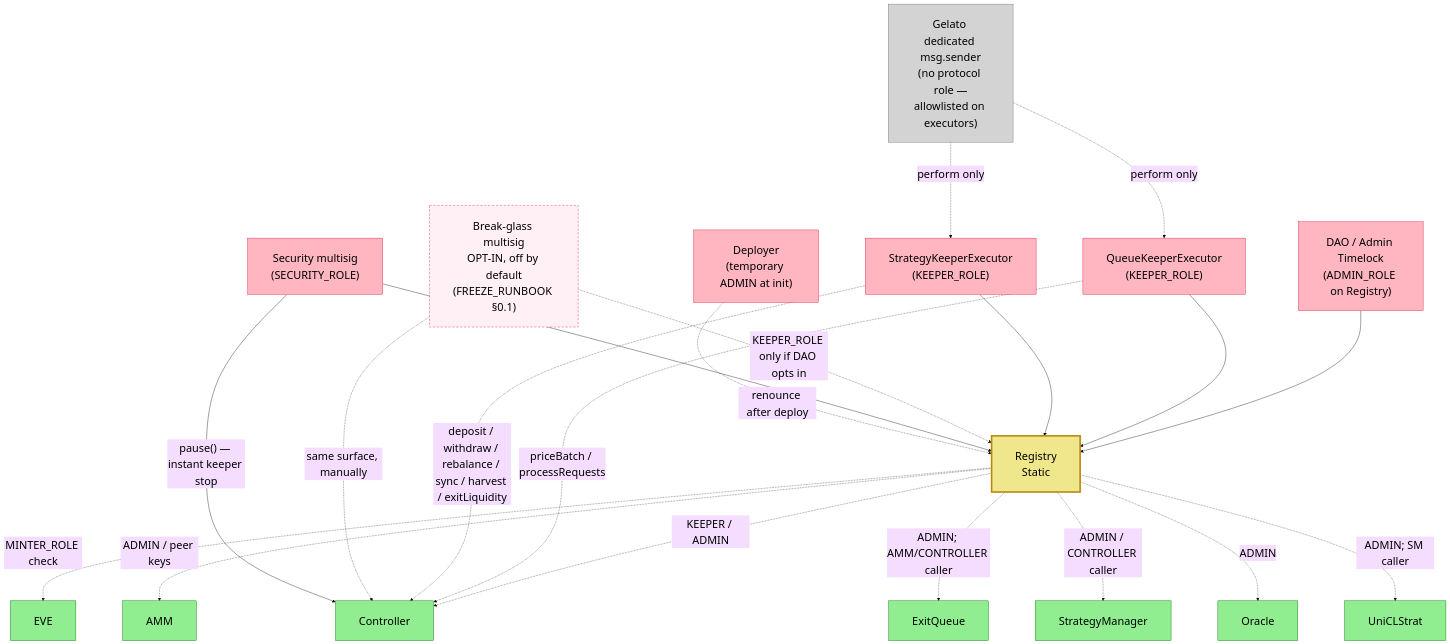
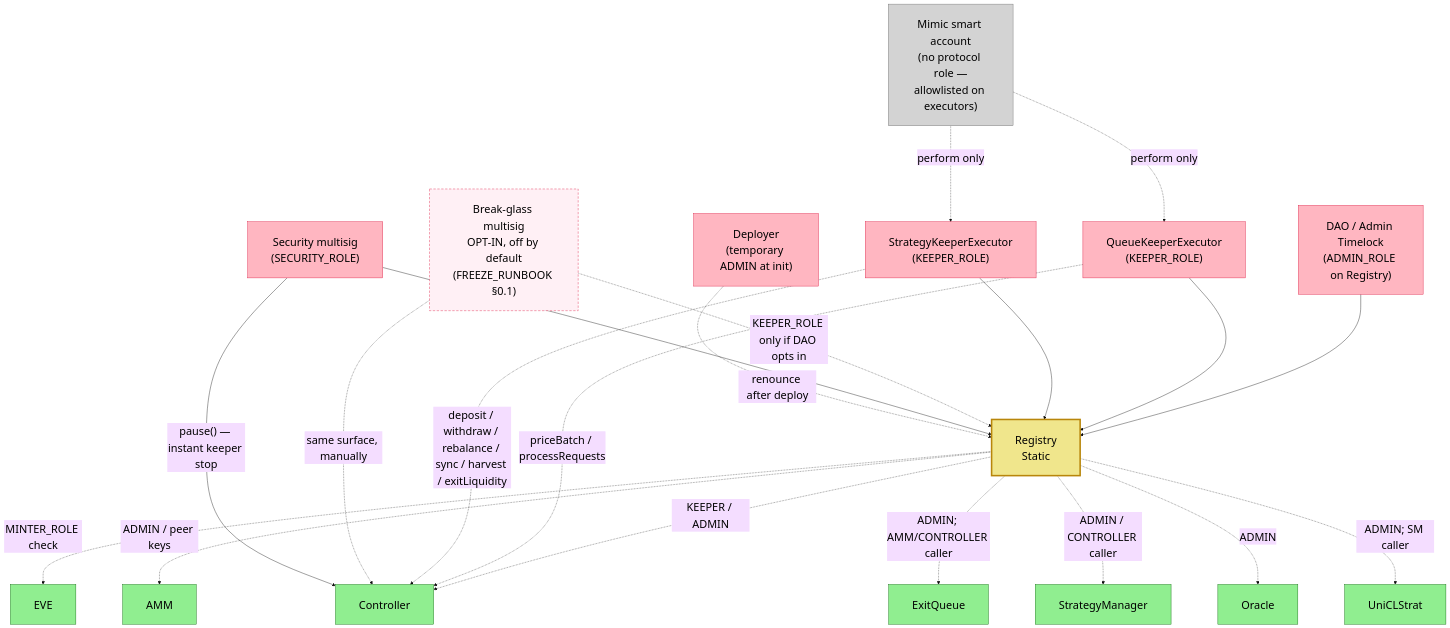
Before and after one commit to everstrat-xyz/contracts: the diagram in mermaid/access-control-diagram.md, drawn with Mermaid. The commit also changed other lines of this file and 18 other files, not shown here.

First line of the commit message:
Migrate keeper executors from Gelato to Mimic

````diff
--- a/mermaid/access-control-diagram.md
+++ b/mermaid/access-control-diagram.md
@@ -7,54 +7,54 @@
 ```mermaid
 %%{init: {'theme':'base', 'themeVariables': { 'fontSize': '28px', 'primaryTextColor': '#000000'}, 'flowchart': {'nodeSpacing': 120, 'rankSpacing': 120, 'padding': 30}}}%%
 graph TB
     DAO["DAO / Admin Timelock<br/>(ADMIN_ROLE on Registry)"]
     QueueKeeper["QueueKeeperExecutor<br/>(KEEPER_ROLE)"]
     StrategyKeeper["StrategyKeeperExecutor<br/>(KEEPER_ROLE)"]
     BreakGlass["Break-glass multisig<br/>OPT-IN, off by default<br/>(FREEZE_RUNBOOK §0.1)"]
     Security["Security multisig<br/>(SECURITY_ROLE)"]
     Deployer["Deployer<br/>(temporary ADMIN at init)"]
-    Gelato["Gelato dedicated msg.sender<br/>(no protocol role —<br/>allowlisted on executors)"]
+    Mimic["Mimic smart account<br/>(no protocol role —<br/>allowlisted on executors)"]
     
     Registry["Registry<br/>Static"]
     
     EVE["EVE"]
     AMM["AMM"]
     Controller["Controller"]
     ExitQueue["ExitQueue"]
     StrategyManager["StrategyManager"]
     Oracle["Oracle"]
     UniCLStrat["UniCLStrat"]
     
     DAO --> Registry
     QueueKeeper --> Registry
     StrategyKeeper --> Registry
     BreakGlass -.->|"KEEPER_ROLE only if DAO opts in"| Registry
     Security --> Registry
     Deployer -.->|"renounce after deploy"| Registry
-    Gelato -.->|"perform only"| QueueKeeper
-    Gelato -.->|"perform only"| StrategyKeeper
+    Mimic -.->|"perform only"| QueueKeeper
+    Mimic -.->|"perform only"| StrategyKeeper
     
     Registry -.->|"MINTER_ROLE check"| EVE
     Registry -.->|"ADMIN / peer keys"| AMM
     Registry -.->|"KEEPER / ADMIN"| Controller
     Registry -.->|"ADMIN; AMM/CONTROLLER caller"| ExitQueue
     Registry -.->|"ADMIN / CONTROLLER caller"| StrategyManager
     Registry -.->|"ADMIN"| Oracle
     Registry -.->|"ADMIN; SM caller"| UniCLStrat
     QueueKeeper -.->|"priceBatch / processRequests"| Controller
     StrategyKeeper -.->|"deposit / withdraw / rebalance / sync / harvest / exitLiquidity"| Controller
     BreakGlass -.->|"same surface, manually"| Controller
     Security -->|"pause() — instant keeper stop"| Controller
     
     classDef role fill:#FFB6C1,stroke:#DC143C
     classDef optin fill:#FFF0F5,stroke:#DC143C,stroke-dasharray: 6 4
     classDef hub fill:#F0E68C,stroke:#B8860B,stroke-width:4px
     classDef contract fill:#90EE90,stroke:#006400
     classDef external fill:#D3D3D3,stroke:#696969
     
     class DAO,QueueKeeper,StrategyKeeper,Security,Deployer role
     class BreakGlass optin
     class Registry hub
     class EVE,AMM,Controller,ExitQueue,StrategyManager,Oracle,UniCLStrat contract
-    class Gelato external
+    class Mimic external
 ```
````
